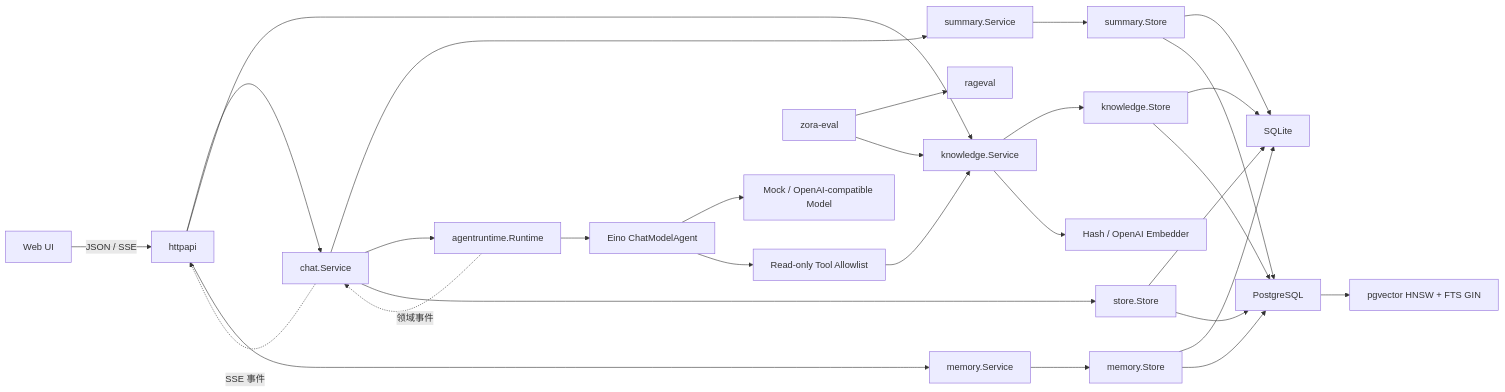
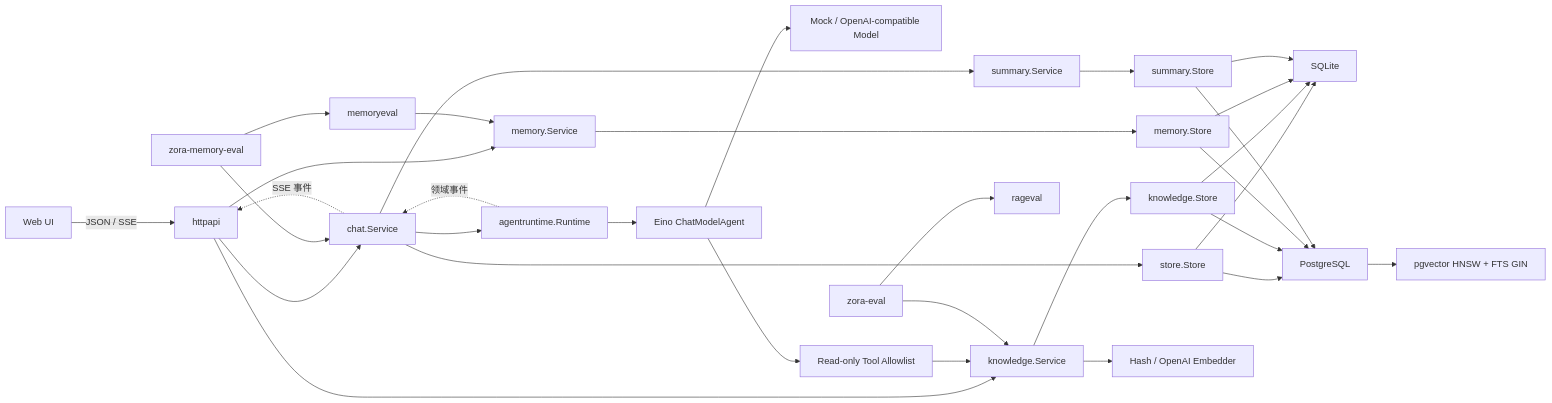
The sixth of 6 diagrams in docs/project-analysis.md (zora-DD/zora), drawn with Mermaid before and after one commit. The commit also changed other lines of this file and 14 other files, not shown here.

````diff
--- a/docs/project-analysis.md
+++ b/docs/project-analysis.md
@@ -374,32 +374,35 @@
 ```mermaid
 flowchart LR
     Browser["Web UI"] -->|"JSON / SSE"| HTTP["httpapi"]
     HTTP --> Chat["chat.Service"]
     HTTP --> Knowledge["knowledge.Service"]
     HTTP --> Memory["memory.Service"]
     Chat --> Summary["summary.Service"]
     Chat --> Runtime["agentruntime.Runtime"]
     Runtime --> ADK["Eino ChatModelAgent"]
     ADK --> Model["Mock / OpenAI-compatible Model"]
     ADK --> Tools["Read-only Tool Allowlist"]
     Tools --> Knowledge
     Chat --> Store["store.Store"]
     Knowledge --> KStore["knowledge.Store"]
     Memory --> MStore["memory.Store"]
     Summary --> SStore["summary.Store"]
     Store --> SQLite["SQLite"]
     KStore --> SQLite
     MStore --> SQLite
     SStore --> SQLite
     Store --> PostgreSQL["PostgreSQL"]
     KStore --> PostgreSQL
     MStore --> PostgreSQL
     SStore --> PostgreSQL
     PostgreSQL --> PGVector["pgvector HNSW + FTS GIN"]
     Knowledge --> Embedder["Hash / OpenAI Embedder"]
     EvalCLI["zora-eval"] --> RAGEval["rageval"]
     EvalCLI --> Knowledge
+    MemoryEvalCLI["zora-memory-eval"] --> MemoryEval["memoryeval"]
+    MemoryEvalCLI --> Chat
+    MemoryEval --> Memory
 
     Runtime -. "领域事件" .-> Chat
     Chat -. "SSE 事件" .-> HTTP
 ```
````
